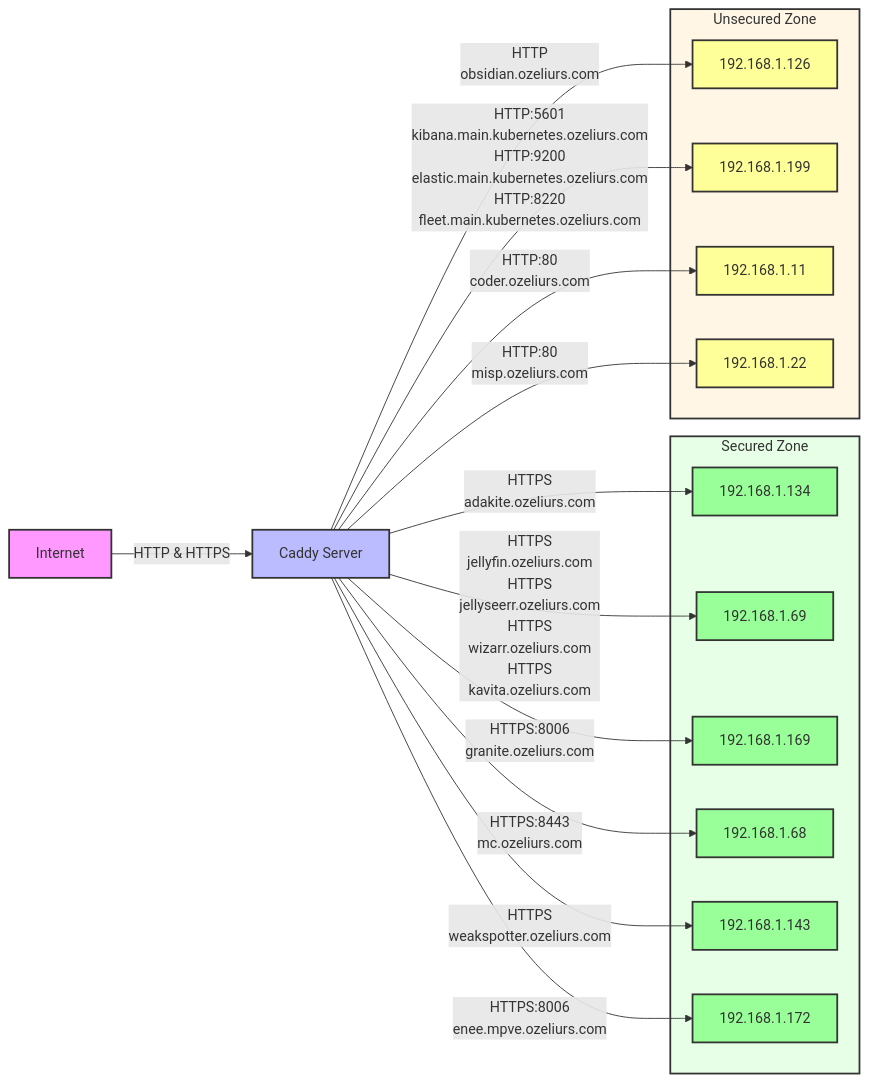
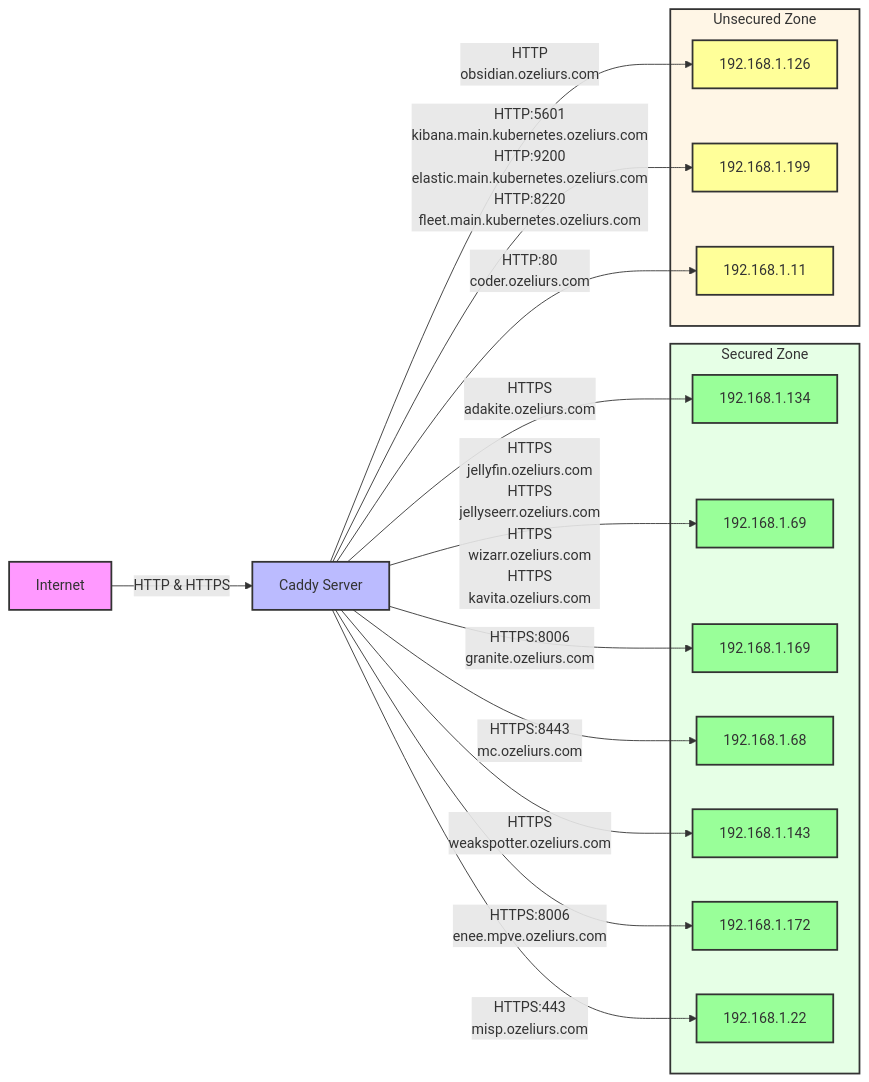
Before and after one commit to ozeliurs/dc-reverse-proxy-config: the diagram in README.md, drawn with Mermaid. The commit also changed 1 other file, not shown here.

Commit message:
Generate and update Caddyfile, Mermaid diagram, and Dockerfile

````diff
--- a/README.md
+++ b/README.md
@@ -34,60 +34,60 @@
 ```mermaid
 graph LR
     %% Style definitions
     classDef internet fill:#f9f,stroke:#333,stroke-width:2px;
     classDef proxy fill:#bbf,stroke:#333,stroke-width:2px;
     classDef backend fill:#bfb,stroke:#333,stroke-width:2px;
     classDef secure fill:#9f9,stroke:#333,stroke-width:2px;
     classDef unsecure fill:#ff9,stroke:#333,stroke-width:2px;
 
     %% Nodes
     I[Internet]
     C[Caddy Server]
 
     %% Apply styles
     class I internet
     class C proxy
 
     %% Base connections
     I -->|HTTP & HTTPS| C
 
     %% Backend groups
     subgraph Secured[Secured Zone]
         style Secured fill:#e6ffe6,stroke:#333,stroke-width:2px
         S0[192.168.1.134]
         class S0 secure
         S1[192.168.1.69]
         class S1 secure
         S2[192.168.1.169]
         class S2 secure
         S3[192.168.1.68]
         class S3 secure
         S4[192.168.1.143]
         class S4 secure
         S5[192.168.1.172]
         class S5 secure
+        S6[192.168.1.22]
+        class S6 secure
     end
 
     subgraph Unsecured[Unsecured Zone]
         style Unsecured fill:#fff6e6,stroke:#333,stroke-width:2px
         U0[192.168.1.126]
         class U0 unsecure
         U1[192.168.1.199]
         class U1 unsecure
         U2[192.168.1.11]
         class U2 unsecure
-        U3[192.168.1.22]
-        class U3 unsecure
     end
 
     C -->|HTTPS<br>adakite.ozeliurs.com| S0
     C -->|HTTPS<br>jellyfin.ozeliurs.com<br>HTTPS<br>jellyseerr.ozeliurs.com<br>HTTPS<br>wizarr.ozeliurs.com<br>HTTPS<br>kavita.ozeliurs.com| S1
     C -->|HTTPS:8006<br>granite.ozeliurs.com| S2
     C -->|HTTPS:8443<br>mc.ozeliurs.com| S3
     C -->|HTTP<br>obsidian.ozeliurs.com| U0
     C -->|HTTPS<br>weakspotter.ozeliurs.com| S4
     C -->|HTTP:5601<br>kibana.main.kubernetes.ozeliurs.com<br>HTTP:9200<br>elastic.main.kubernetes.ozeliurs.com<br>HTTP:8220<br>fleet.main.kubernetes.ozeliurs.com| U1
     C -->|HTTPS:8006<br>enee.mpve.ozeliurs.com| S5
     C -->|HTTP:80<br>coder.ozeliurs.com| U2
-    C -->|HTTP:80<br>misp.ozeliurs.com| U3
+    C -->|HTTPS:443<br>misp.ozeliurs.com| S6
 ```
````
